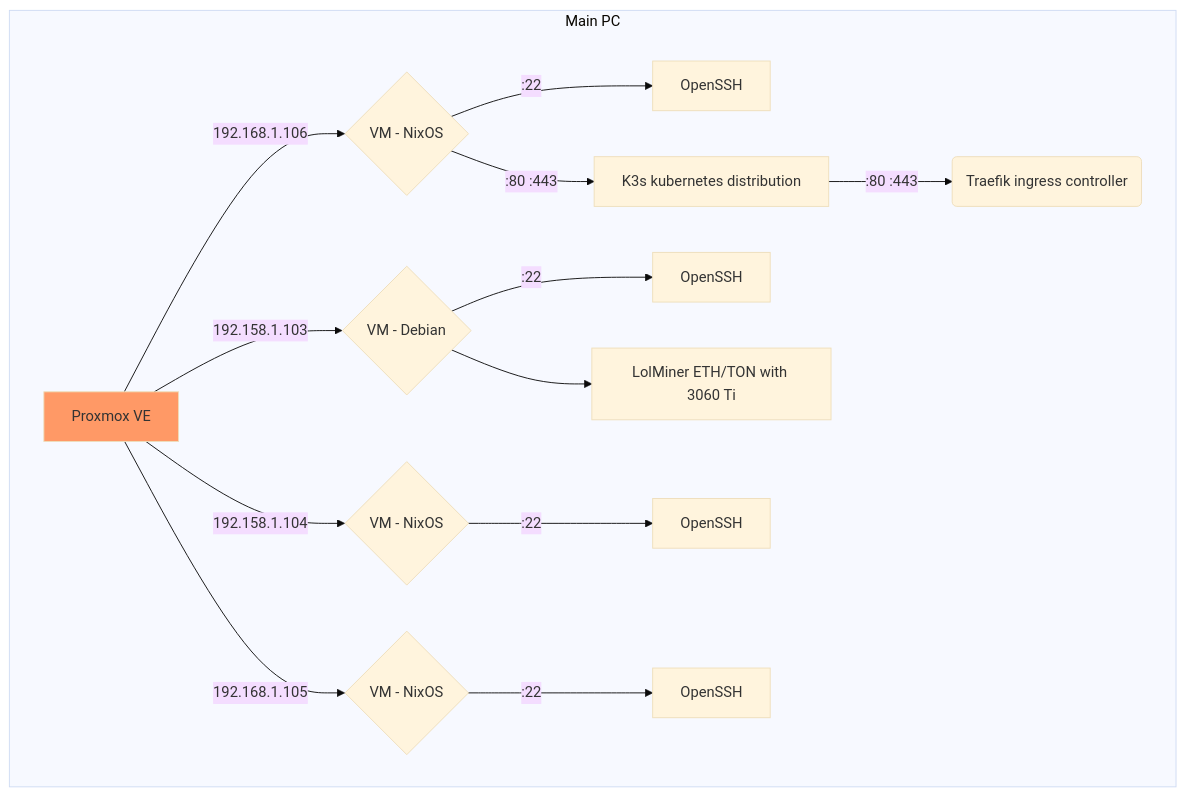
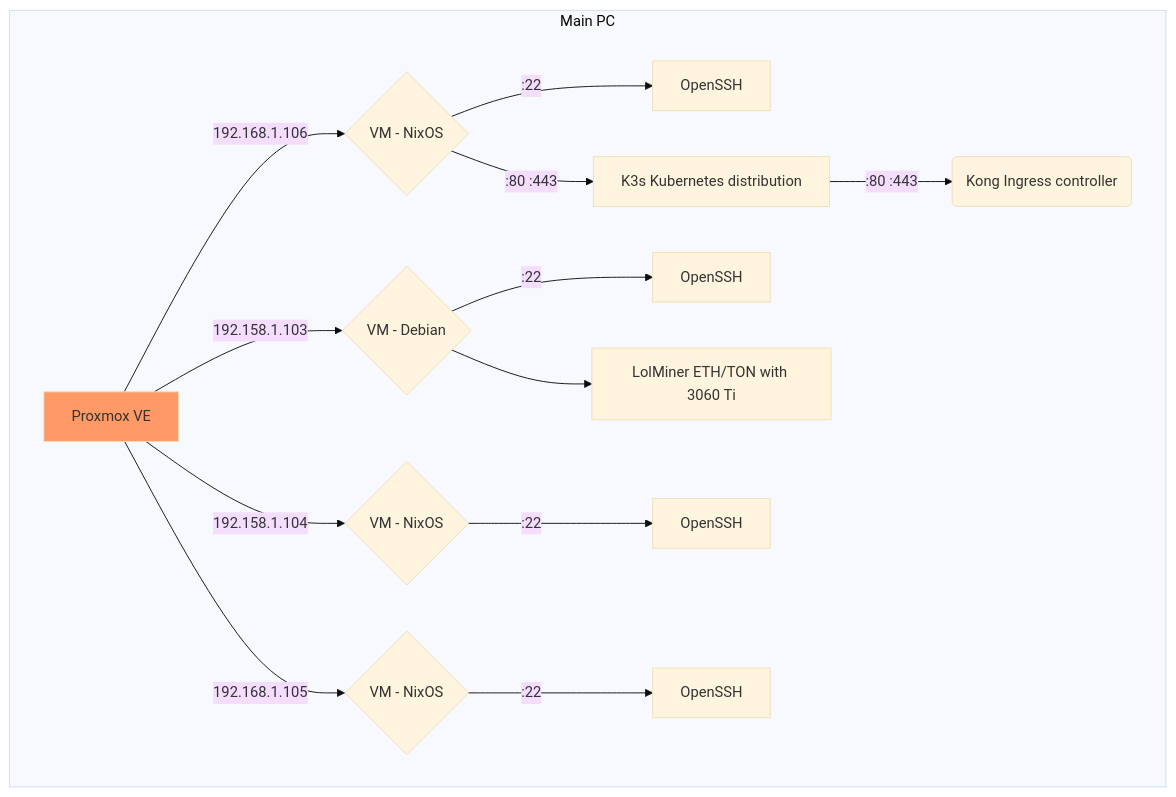
The diagram in homelab/README.md (portothree/dotfiles), drawn with Mermaid (base theme) before and after one commit.

````diff
--- a/homelab/README.md
+++ b/homelab/README.md
@@ -3,19 +3,19 @@
 ```mermaid
 graph TD
 	subgraph Main PC
 		A[Proxmox VE] -->|192.168.1.106| 100{VM - NixOS};
 		100 -->|:22| 100_ssh[OpenSSH];
-		100 -->|:80 :443| K3s[K3s kubernetes distribution];
-		K3s -->|:80 :443| Traefik(Traefik ingress controller);
+		100 -->|:80 :443| K3s[K3s Kubernetes distribution];
+		K3s -->|:80 :443| Kong(Kong Ingress controller);
 		A -->|192.158.1.103| 102{VM - Debian};
 		102 -->|:22| 102_ssh[OpenSSH];
 		102 --> lolminer[LolMiner ETH/TON with 3060 Ti];
 		A -->|192.158.1.104| 103{VM - NixOS};
 		103 -->|:22| 103_ssh[OpenSSH];
 		A -->|192.168.1.105| 104{VM - NixOS};
 		104 -->|:22| 104_ssh[OpenSSH];
 	end
 	
 	classDef orange fill:#f96;
 	class A orange
 ```
````
